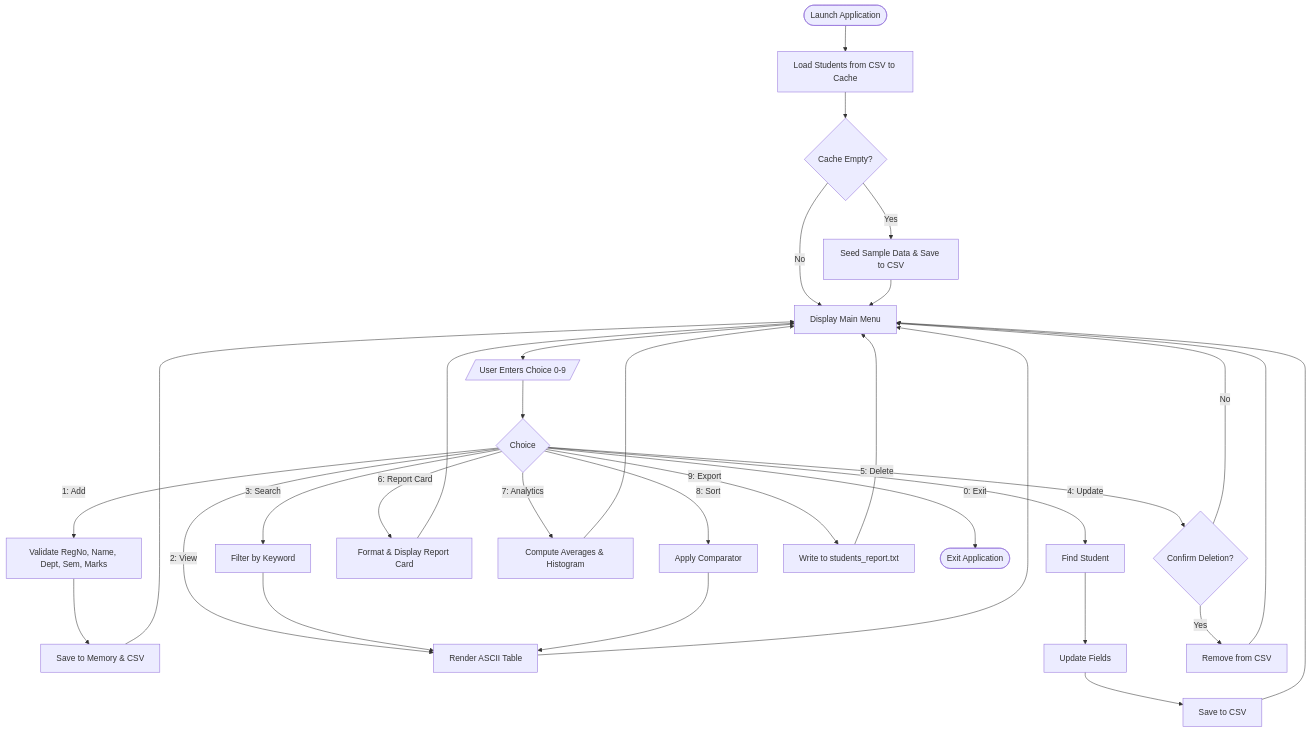
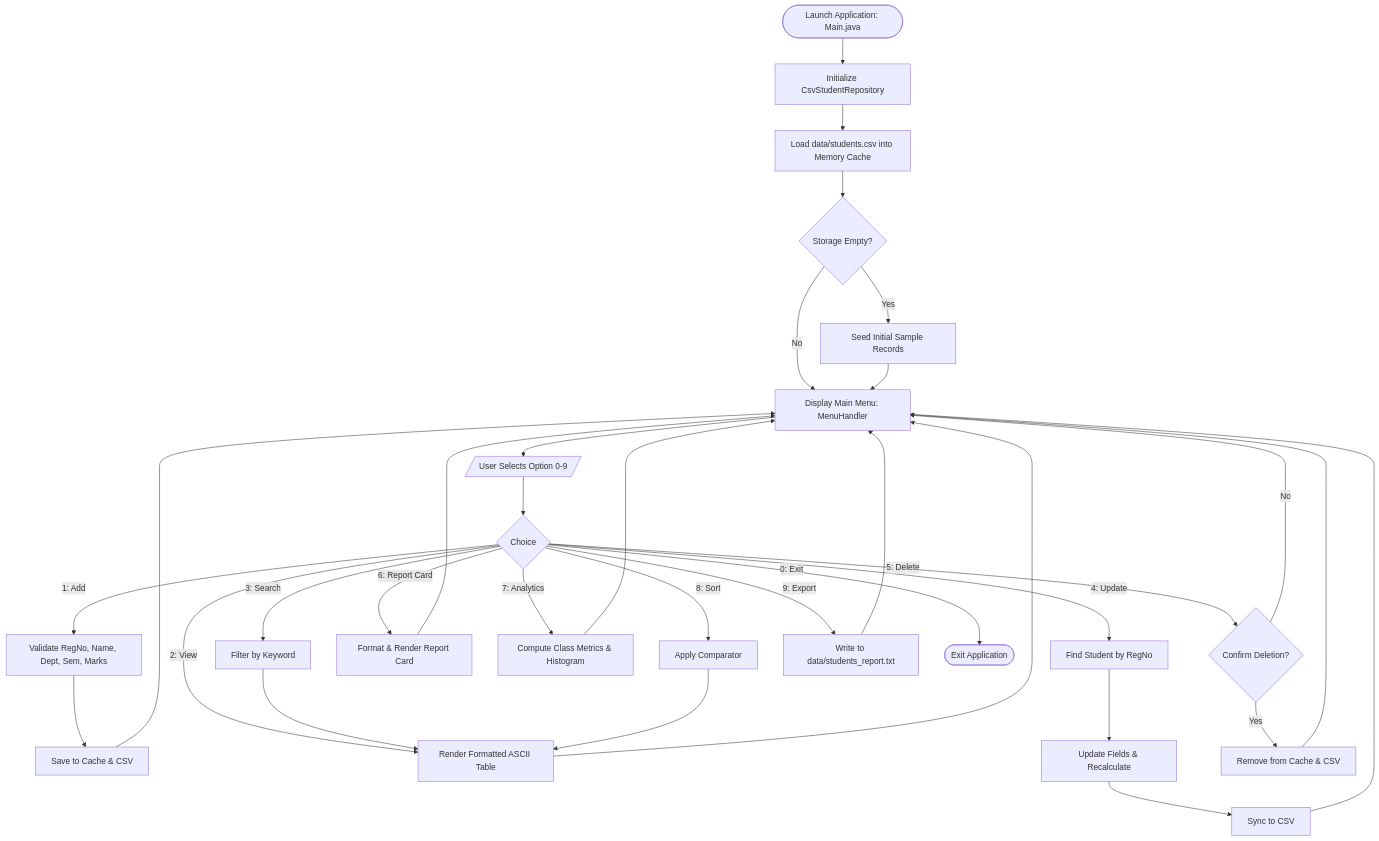
One commit to darkish7/studentmanagement changed the second of 5 diagrams in doc/PROJECT_REPORT.md. Above: the diagram before and after it, drawn with Mermaid. The commit also changed other lines of this file, not shown here.

Commit message:
Update PROJECT_REPORT.md, README.md, and statement.md to match exact current project configuration

````diff
--- a/doc/PROJECT_REPORT.md
+++ b/doc/PROJECT_REPORT.md
@@ -137,23 +137,24 @@
 ```mermaid
 flowchart TD
-    Start([Launch Application]) --> LoadData[Load Students from CSV to Cache]
-    LoadData --> CheckEmpty{Cache Empty?}
-    CheckEmpty -- Yes --> SeedDemo[Seed Sample Data & Save to CSV]
-    CheckEmpty -- No --> ShowMenu[Display Main Menu]
+    Start([Launch Application: Main.java]) --> InitRepo[Initialize CsvStudentRepository]
+    InitRepo --> LoadData[Load data/students.csv into Memory Cache]
+    LoadData --> CheckEmpty{Storage Empty?}
+    CheckEmpty -- Yes --> SeedDemo[Seed Initial Sample Records]
+    CheckEmpty -- No --> ShowMenu[Display Main Menu: MenuHandler]
     SeedDemo --> ShowMenu
     
-    ShowMenu --> ReadChoice[/User Enters Choice 0-9/]
+    ShowMenu --> ReadChoice[/User Selects Option 0-9/]
     
     ReadChoice --> C1{Choice}
-    C1 -- 1: Add --> InAdd[Validate RegNo, Name, Dept, Sem, Marks] --> SaveAdd[Save to Memory & CSV] --> ShowMenu
-    C1 -- 2: View --> DisplayTable[Render ASCII Table] --> ShowMenu
+    C1 -- 1: Add --> InAdd[Validate RegNo, Name, Dept, Sem, Marks] --> SaveAdd[Save to Cache & CSV] --> ShowMenu
+    C1 -- 2: View --> DisplayTable[Render Formatted ASCII Table] --> ShowMenu
     C1 -- 3: Search --> ExecSearch[Filter by Keyword] --> DisplayTable
-    C1 -- 4: Update --> SelectRec[Find Student] --> ModFields[Update Fields] --> SaveUpdate[Save to CSV] --> ShowMenu
-    C1 -- 5: Delete --> ConfirmDel{Confirm Deletion?} -- Yes --> DelRec[Remove from CSV] --> ShowMenu
+    C1 -- 4: Update --> SelectRec[Find Student by RegNo] --> ModFields[Update Fields & Recalculate] --> SaveUpdate[Sync to CSV] --> ShowMenu
+    C1 -- 5: Delete --> ConfirmDel{Confirm Deletion?} -- Yes --> DelRec[Remove from Cache & CSV] --> ShowMenu
     ConfirmDel -- No --> ShowMenu
-    C1 -- 6: Report Card --> GenCard[Format & Display Report Card] --> ShowMenu
-    C1 -- 7: Analytics --> CalcStats[Compute Averages & Histogram] --> ShowMenu
+    C1 -- 6: Report Card --> GenCard[Format & Render Report Card] --> ShowMenu
+    C1 -- 7: Analytics --> CalcStats[Compute Class Metrics & Histogram] --> ShowMenu
     C1 -- 8: Sort --> ApplySort[Apply Comparator] --> DisplayTable
-    C1 -- 9: Export --> WriteFile[Write to students_report.txt] --> ShowMenu
+    C1 -- 9: Export --> WriteFile[Write to data/students_report.txt] --> ShowMenu
     C1 -- 0: Exit --> Terminate([Exit Application])
 ```
````
